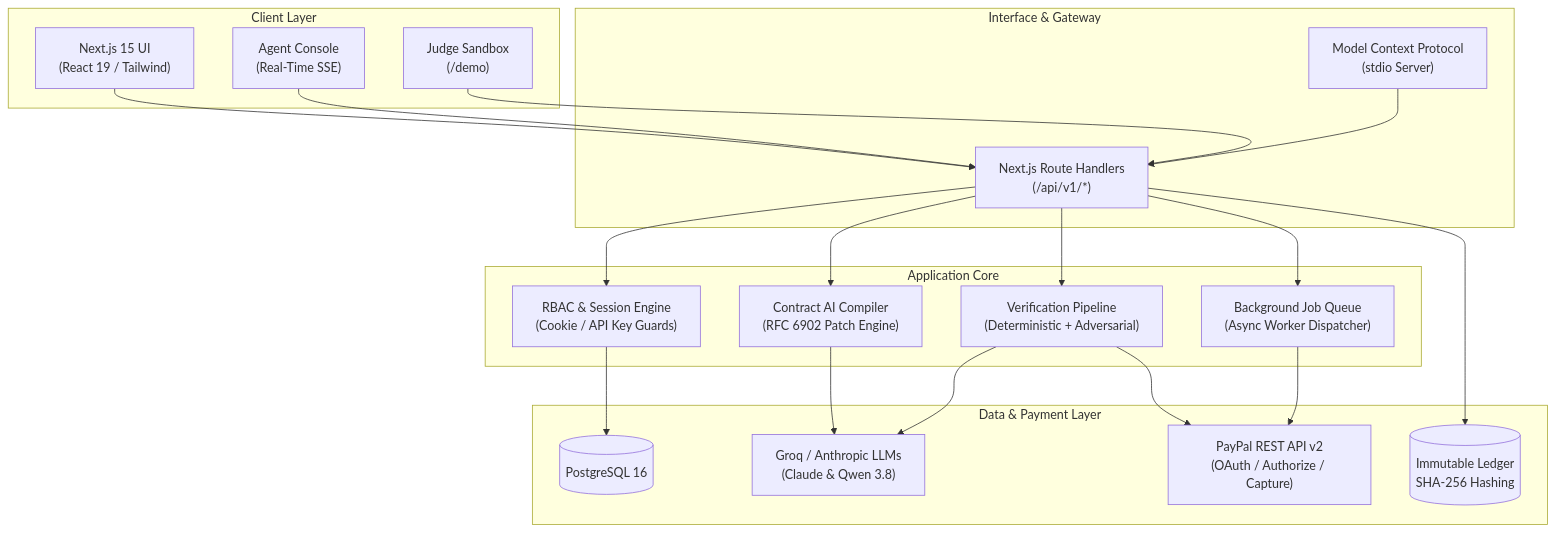
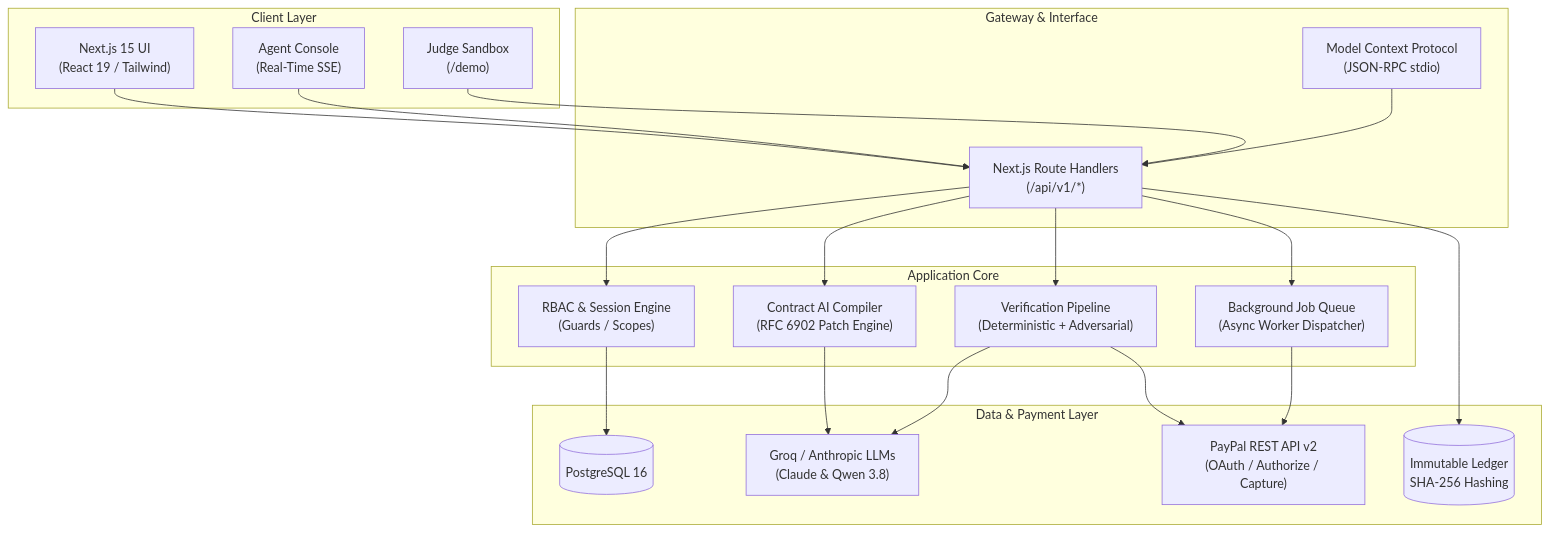
The first of 2 diagrams in docs/PROOFPAY_COMPLETE_GUIDE.md (Monolithic-Dev/ProofPay), drawn with Mermaid before and after one commit. The commit also changed other lines of this file, not shown here.

Commit message:
docs: enumerate every feature, page, and API route in master guide

````diff
--- a/docs/PROOFPAY_COMPLETE_GUIDE.md
+++ b/docs/PROOFPAY_COMPLETE_GUIDE.md
@@ -71,44 +54,44 @@
 ```mermaid
 graph TD
     subgraph Client Layer
         Web["Next.js 15 UI<br/>(React 19 / Tailwind)"]
         Console["Agent Console<br/>(Real-Time SSE)"]
         Judge["Judge Sandbox<br/>(/demo)"]
     end
 
-    subgraph Interface & Gateway
+    subgraph Gateway & Interface
         API["Next.js Route Handlers<br/>(/api/v1/*)"]
-        MCP["Model Context Protocol<br/>(stdio Server)"]
+        MCP["Model Context Protocol<br/>(JSON-RPC stdio)"]
     end
 
     subgraph Application Core
-        Auth["RBAC & Session Engine<br/>(Cookie / API Key Guards)"]
+        Auth["RBAC & Session Engine<br/>(Guards / Scopes)"]
         Compiler["Contract AI Compiler<br/>(RFC 6902 Patch Engine)"]
         Verifier["Verification Pipeline<br/>(Deterministic + Adversarial)"]
         Jobs["Background Job Queue<br/>(Async Worker Dispatcher)"]
     end
 
     subgraph Data & Payment Layer
         DB[(PostgreSQL 16)]
         Ledger[(Immutable Ledger<br/>SHA-256 Hashing)]
         PayPalAPI["PayPal REST API v2<br/>(OAuth / Authorize / Capture)"]
         Groq["Groq / Anthropic LLMs<br/>(Claude & Qwen 3.8)"]
     end
 
     Web --> API
     Console --> API
     Judge --> API
     MCP --> API
 
     API --> Auth
     Auth --> DB
     API --> Compiler
     API --> Verifier
     API --> Jobs
 
     Verifier --> Groq
     Compiler --> Groq
     Jobs --> PayPalAPI
     Verifier --> PayPalAPI
     API --> Ledger
 ```
````
